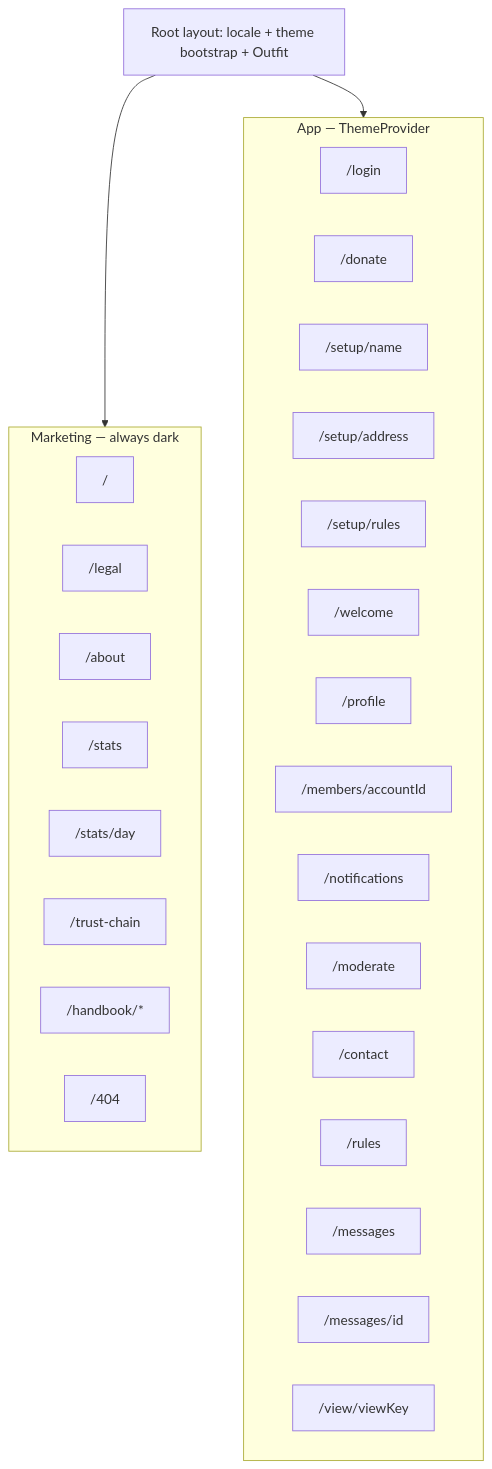
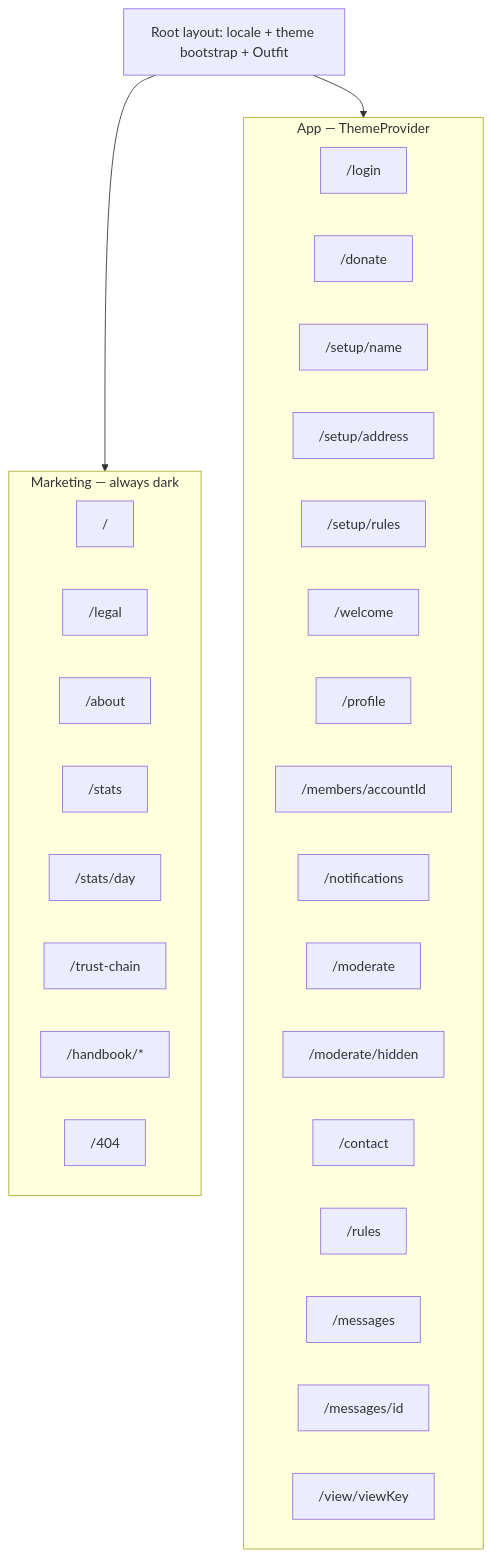
Before and after one commit to 21gifts/app: the second of 3 diagrams in docs/ui.md, drawn with Mermaid. The commit also changed other lines of this file and 34 other files, not shown here.

First line of the commit message:
01a0abc2 - Make hidden notes a /moderate subcategory

````diff
--- a/docs/ui.md
+++ b/docs/ui.md
@@ -336,33 +336,34 @@
 ```mermaid
 flowchart TB
   subgraph mkt [Marketing — always dark]
     R["/"]
     L["/legal"]
     A["/about"]
     S["/stats"]
     SD["/stats/day"]
     TC["/trust-chain"]
     H["/handbook/*"]
     F["/404"]
   end
   subgraph app [App — ThemeProvider]
     LI["/login"]
     DO["/donate"]
     SN["/setup/name"]
     SA["/setup/address"]
     SR["/setup/rules"]
     W["/welcome"]
     P["/profile"]
     MEM["/members/accountId"]
     N["/notifications"]
     MO["/moderate"]
+    MOH["/moderate/hidden"]
     C["/contact"]
     RU["/rules"]
     IN["/messages"]
     MID["/messages/id"]
     V["/view/viewKey"]
   end
   root[Root layout: locale + theme bootstrap + Outfit]
   root --> mkt
   root --> app
 ```
````
